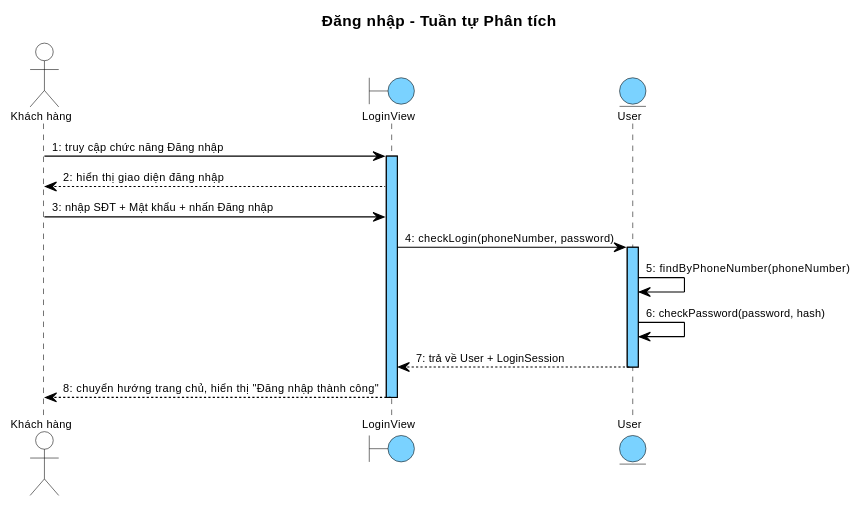
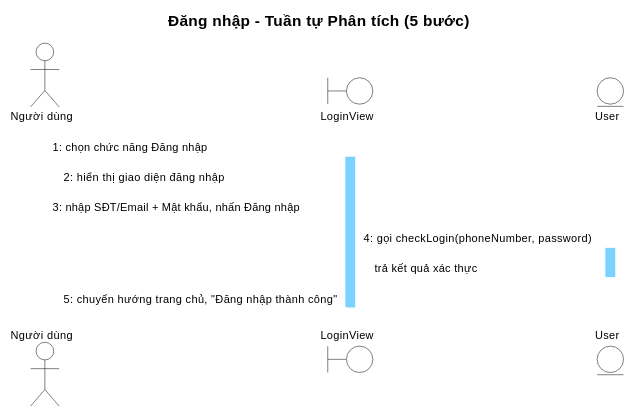
Before and after one commit to thanhtrnnn/cnpm: the third of 7 diagrams in docs/tabs/section-account-ii.md, drawn with PlantUML. The commit also changed other lines of this file and 16 other files, not shown here.

First line of the commit message:
feat: strict step alignment + blue diagrams + native bullets

````diff
--- a/docs/tabs/section-account-ii.md
+++ b/docs/tabs/section-account-ii.md
@@ -351,71 +363,46 @@
 ```plantuml
 @startuml
 skinparam shadowing false
 skinparam SequenceMessageAlign left
-
 skinparam SequenceLifeLineBackgroundColor #7AD2FF
 skinparam SequenceLifeLineBorderColor #000000
+skinparam sequenceParticipantBackgroundColor #7AD2FF
+skinparam sequenceParticipantBorderColor #000000
+skinparam sequenceParticipantFontColor #000000
+skinparam sequenceArrowColor #000000
+skinparam sequenceArrowFontColor #000000
 
 <style>
 sequenceDiagram {
   Shadowing 0
   RoundCorner 0
   FontName "Arial"
   FontSize 10
   FontColor #000000
-
-  participant {
-    BackgroundColor #7AD2FF
-    LineColor #000000
-    LineThickness 1
-  }
-
-  actor {
-    BackgroundColor transparent
-    LineColor #000000
-  }
-  boundary {
-    BackgroundColor #7AD2FF
-    LineColor #000000
-  }
-  control {
-    BackgroundColor #7AD2FF
-    LineColor #000000
-  }
-  entity {
-    BackgroundColor #7AD2FF
-    LineColor #000000
-  }
-
-  lifeline {
-    LineColor #000000
-    LineStyle 5-5
-  }
-
-  arrow {
-    LineColor #000000
-    LineThickness 1
-    FontSize 10
-  }
+  participant { BackgroundColor #7AD2FF LineColor #000000 LineThickness 1 }
+  actor { BackgroundColor transparent LineColor #000000 }
+  boundary { BackgroundColor #7AD2FF LineColor #000000 }
+  control { BackgroundColor #7AD2FF LineColor #000000 }
+  entity { BackgroundColor #7AD2FF LineColor #000000 }
+  lifeline { LineColor #000000 LineStyle 5-5 }
+  arrow { LineColor #000000 LineThickness 1 FontSize 10 }
 }
 </style>
-title Đăng nhập – Tuần tự Phân tích
+title Đăng nhập – Tuần tự Phân tích (5 bước)
 
-actor "Khách hàng" as KH
+actor "Người dùng" as Actor
 boundary LoginView as B1
 entity User as E1
 
-KH -> B1 : 1: truy cập chức năng Đăng nhập
+Actor -> B1 : 1: chọn chức năng Đăng nhập
 activate B1
-B1 --> KH : 2: hiển thị giao diện đăng nhập
-KH -> B1 : 3: nhập SĐT + Mật khẩu + nhấn Đăng nhập
-B1 -> E1 : 4: checkLogin(phoneNumber, password)
+B1 --> Actor : 2: hiển thị giao diện đăng nhập
+Actor -> B1 : 3: nhập SĐT/Email + Mật khẩu, nhấn Đăng nhập
+B1 -> E1 : 4: gọi checkLogin(phoneNumber, password)
 activate E1
-E1 -> E1 : 5: findByPhoneNumber(phoneNumber)
-E1 -> E1 : 6: checkPassword(password, hash)
-E1 --> B1 : 7: trả về User + LoginSession
+E1 --> B1 : trả kết quả xác thực
 deactivate E1
-B1 --> KH : 8: chuyển hướng trang chủ, hiển thị "Đăng nhập thành công"
+B1 --> Actor : 5: chuyển hướng trang chủ, "Đăng nhập thành công"
 deactivate B1
 @enduml
 ```
````
